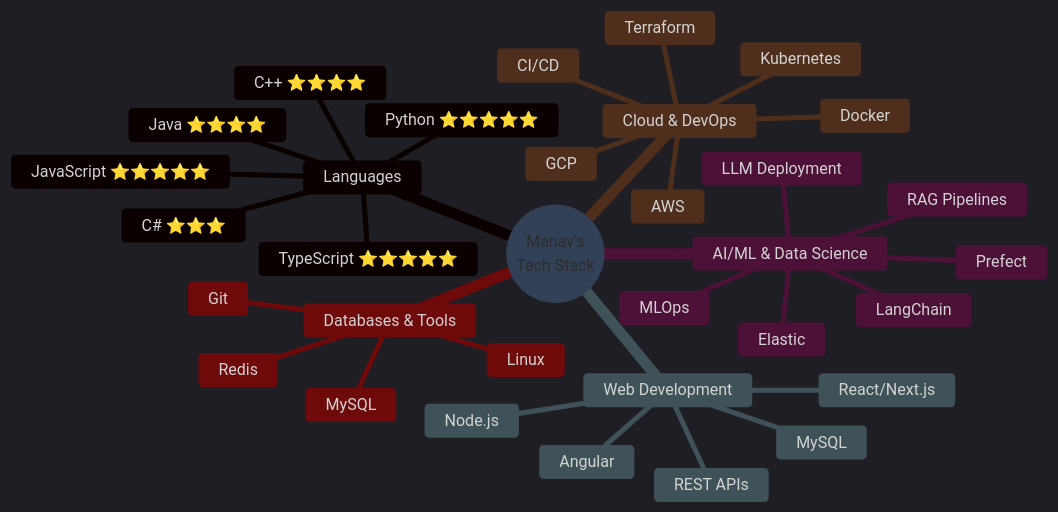
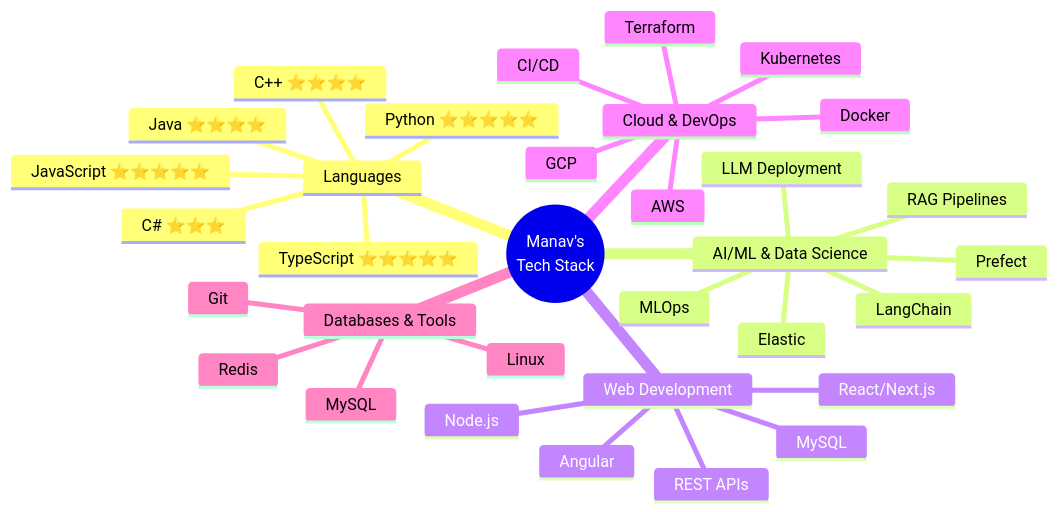
One commit to ManavX/ManavX changed the diagram in README.md. Above: the diagram before and after it, drawn with Mermaid. The commit also changed other lines of this file, not shown here.

Commit message:
Update README.md with new theme and image links

````diff
--- a/README.md
+++ b/README.md
@@ -84,37 +84,40 @@
 ```mermaid
-%%{init: {'theme':'dark', 'themeVariables': { 'primaryColor':'#FF5722', 'primaryTextColor':'#fff', 'primaryBorderColor':'#FF6B35', 'lineColor':'#FF8C00', 'secondaryColor':'#0d1117', 'tertiaryColor':'#161b22', 'fontSize':'16px'}}}%%
+%%{init: {'theme':'base
+          +  ', 'themeVariables': { 'primaryColor':'#FF5722', 'primaryTextColor':'#fff', 'primaryBorderColor':'#FF6B35',
+          +  'lineColor':'#FF8C00', 'secondaryColor':'#FF6B35', 'tertiaryColor':'#FF8C00', 'mainBkg':'#FF5722', 'secondBkg':'#
+          +  FF6B35', 'tertiaryBkg':'#FF8C00', 'darkMode':'true', 'fontSize':'16px'}}}%%
 mindmap
   root((Manav's<br/>Tech Stack))
     Languages
       JavaScript ⭐⭐⭐⭐⭐
       TypeScript ⭐⭐⭐⭐⭐
       Python ⭐⭐⭐⭐⭐
       Java ⭐⭐⭐⭐
       C# ⭐⭐⭐
       C++ ⭐⭐⭐⭐
     AI/ML & Data Science
       LangChain
       Prefect
       Elastic
       RAG Pipelines
       LLM Deployment
       MLOps
     Web Development
       React/Next.js
       Node.js
       Angular
       MySQL
       REST APIs
     Cloud & DevOps
       AWS
       GCP
       Docker
       Kubernetes
       Terraform
       CI/CD
     Databases & Tools
       MySQL
       Redis
       Git
       Linux
 ```
````
